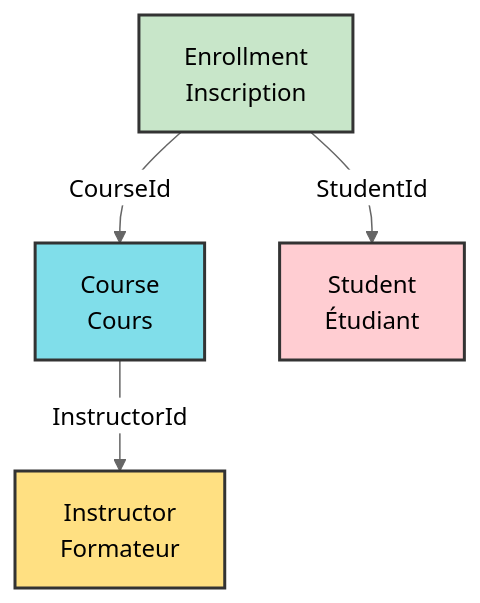
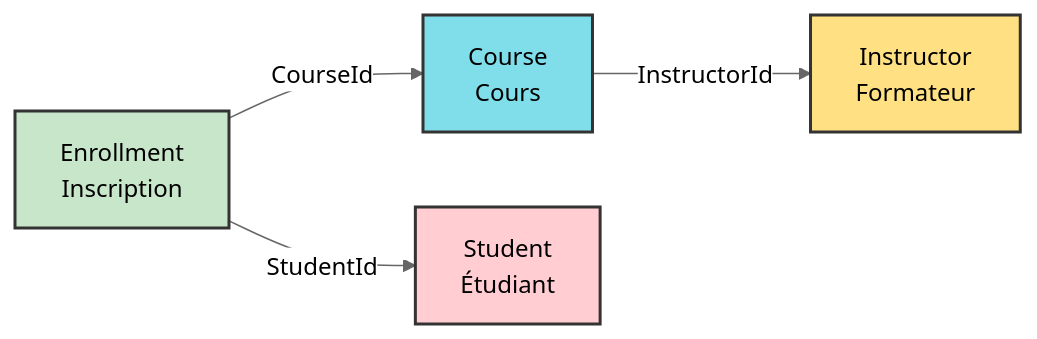
The second of 15 diagrams in XtraWork/16-EXAMEN-EDUTRACK.md (inskillflow/ASPNETCORE-WEB-API-XtraWork-PART-2-INTEGRER-INTERFACES-1), drawn with Mermaid (neutral theme) before and after one commit. The commit also changed other lines of this file, not shown here.

````diff
--- a/XtraWork/16-EXAMEN-EDUTRACK.md
+++ b/XtraWork/16-EXAMEN-EDUTRACK.md
@@ -111,16 +111,16 @@
 ```mermaid
-graph TB
+graph LR
     Course["Course<br/>Cours"]
     Instructor["Instructor<br/>Formateur"]
     Student["Student<br/>Étudiant"]
     Enrollment["Enrollment<br/>Inscription"]
     
     Course -->|InstructorId| Instructor
     Enrollment -->|CourseId| Course
     Enrollment -->|StudentId| Student
     
     style Course fill:#80DEEA,color:#000,stroke:#333,stroke-width:2px
     style Instructor fill:#FFE082,color:#000,stroke:#333,stroke-width:2px
     style Enrollment fill:#C8E6C9,color:#000,stroke:#333,stroke-width:2px
     style Student fill:#FFCDD2,color:#000,stroke:#333,stroke-width:2px
 ```
````
